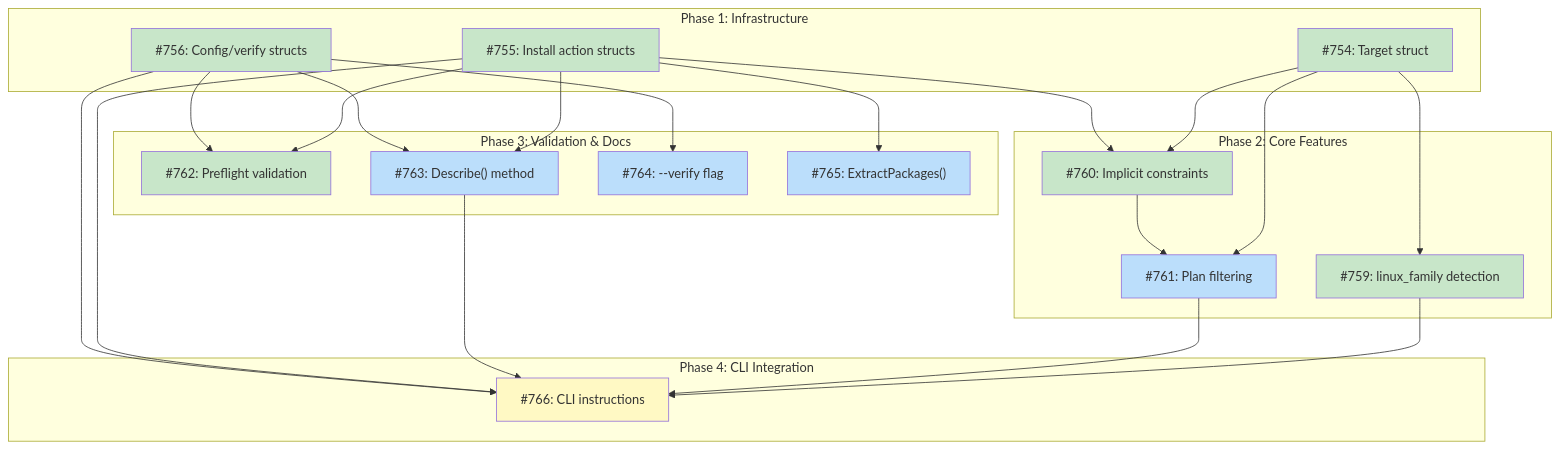
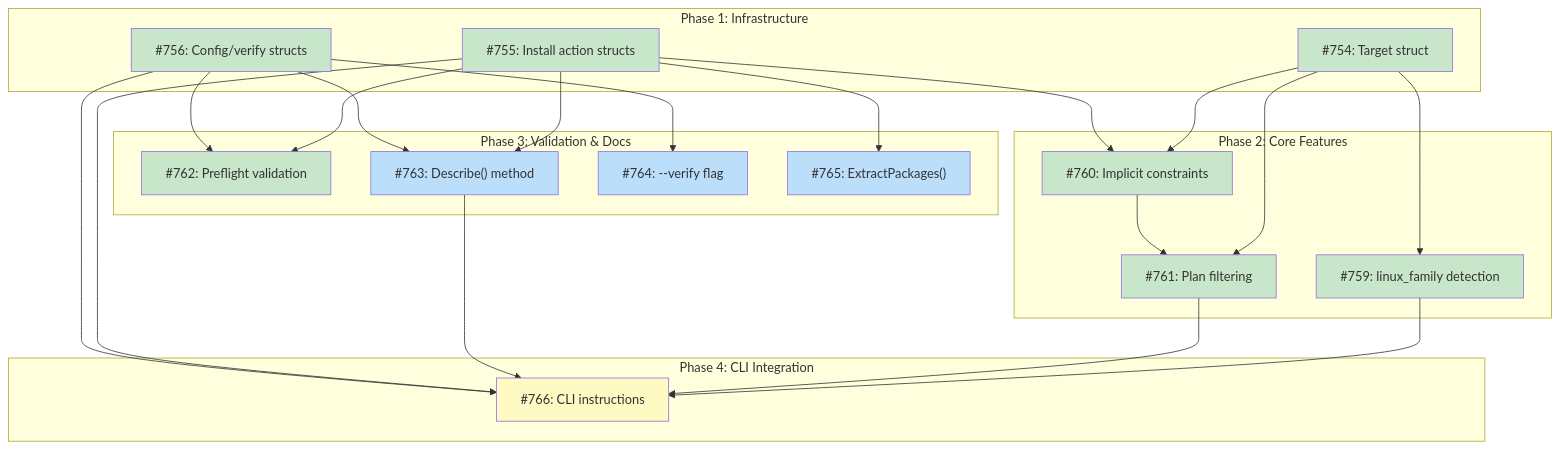
The diagram in docs/DESIGN-system-dependency-actions.md (tsukumogami/tsuku), drawn with Mermaid before and after one commit. The commit also changed 2 other files, not shown here.

Commit message:
feat(executor): implement plan filtering by target (#786)
Add FilterStepsByTarget function that filters recipe steps based on a
target platform tuple. The function implements two-stage filtering:
first checking the action's implicit constraint (for SystemAction
implementations like apt_install, brew_cask), then checking the step's
explicit when clause.

````diff
--- a/docs/DESIGN-system-dependency-actions.md
+++ b/docs/DESIGN-system-dependency-actions.md
@@ -27,51 +27,51 @@
 ```mermaid
 graph TD
     subgraph Phase1["Phase 1: Infrastructure"]
         I754["#754: Target struct"]
         I755["#755: Install action structs"]
         I756["#756: Config/verify structs"]
     end
 
     subgraph Phase2["Phase 2: Core Features"]
         I759["#759: linux_family detection"]
         I760["#760: Implicit constraints"]
         I761["#761: Plan filtering"]
     end
 
     subgraph Phase3["Phase 3: Validation & Docs"]
         I762["#762: Preflight validation"]
         I763["#763: Describe() method"]
         I764["#764: --verify flag"]
         I765["#765: ExtractPackages()"]
     end
 
     subgraph Phase4["Phase 4: CLI Integration"]
         I766["#766: CLI instructions"]
     end
 
     I754 --> I759
     I754 --> I760
     I755 --> I760
     I754 --> I761
     I760 --> I761
     I755 --> I762
     I756 --> I762
     I755 --> I763
     I756 --> I763
     I756 --> I764
     I755 --> I765
     I759 --> I766
     I761 --> I766
     I763 --> I766
     I755 --> I766
     I756 --> I766
 
     classDef done fill:#c8e6c9
     classDef ready fill:#bbdefb
     classDef blocked fill:#fff9c4
     classDef needsDesign fill:#e1bee7
 
-    class I754,I755,I756,I759,I760,I762 done
-    class I761,I763,I764,I765 ready
+    class I754,I755,I756,I759,I760,I761,I762 done
+    class I763,I764,I765 ready
     class I766 blocked
 ```
````
